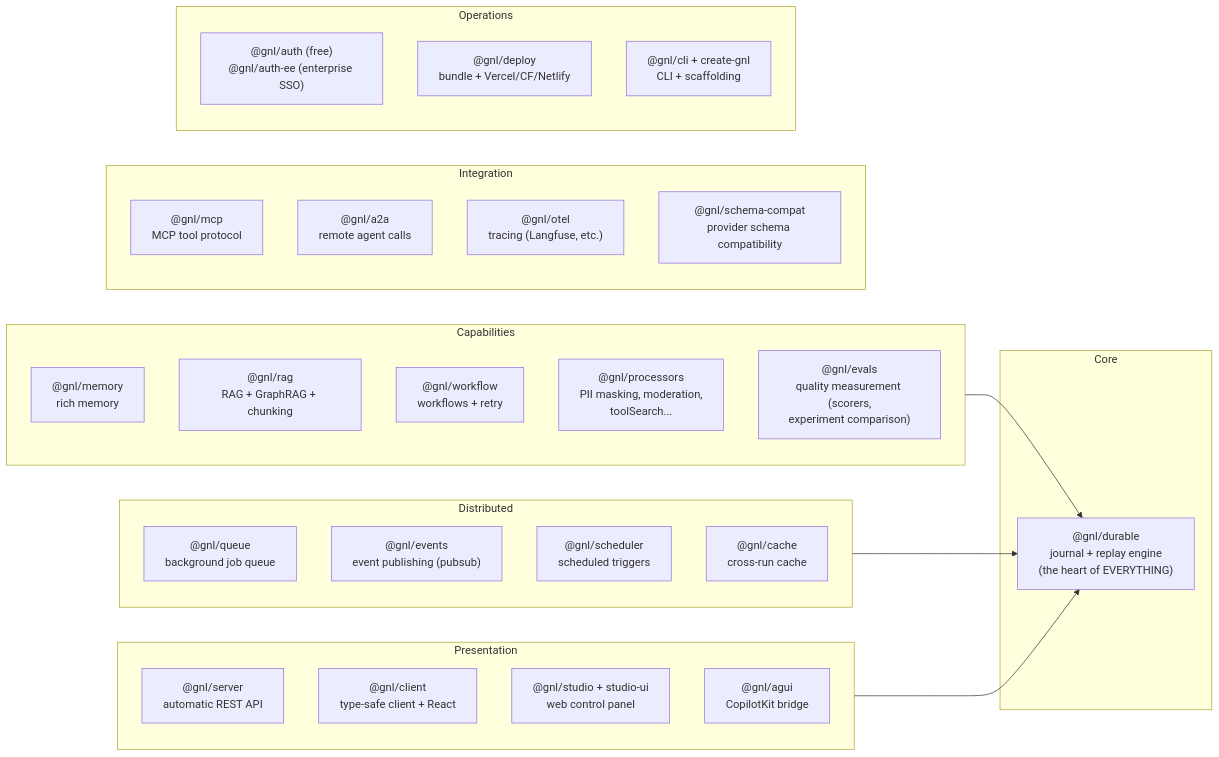
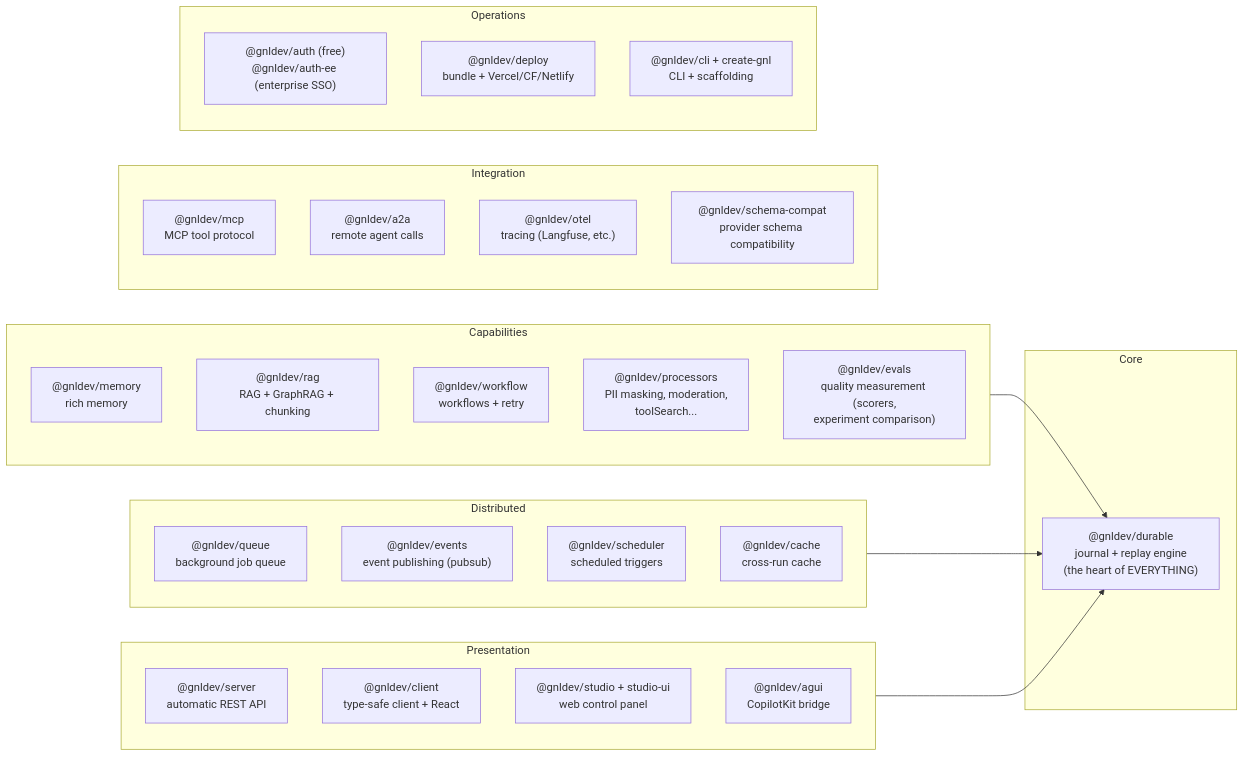
The fourth of 10 diagrams in docs/GUIDE.md (Karaca7/gnldev), drawn with Mermaid before and after one commit. The commit also changed other lines of this file and 340 other files, not shown here.

First line of the commit message:
refactor: rename the npm scope from @gnl to @gnldev

````diff
--- a/docs/GUIDE.md
+++ b/docs/GUIDE.md
@@ -263,39 +263,39 @@
 ```mermaid
 graph LR
     subgraph Core
-        durable["@gnl/durable<br/>journal + replay engine<br/>(the heart of EVERYTHING)"]
+        durable["@gnldev/durable<br/>journal + replay engine<br/>(the heart of EVERYTHING)"]
     end
     subgraph Capabilities
-        memory["@gnl/memory<br/>rich memory"]
-        rag["@gnl/rag<br/>RAG + GraphRAG + chunking"]
-        workflow["@gnl/workflow<br/>workflows + retry"]
-        processors["@gnl/processors<br/>PII masking, moderation,<br/>toolSearch..."]
-        evals["@gnl/evals<br/>quality measurement (scorers,<br/>experiment comparison)"]
+        memory["@gnldev/memory<br/>rich memory"]
+        rag["@gnldev/rag<br/>RAG + GraphRAG + chunking"]
+        workflow["@gnldev/workflow<br/>workflows + retry"]
+        processors["@gnldev/processors<br/>PII masking, moderation,<br/>toolSearch..."]
+        evals["@gnldev/evals<br/>quality measurement (scorers,<br/>experiment comparison)"]
     end
     subgraph Distributed
-        queue["@gnl/queue<br/>background job queue"]
-        events["@gnl/events<br/>event publishing (pubsub)"]
-        scheduler["@gnl/scheduler<br/>scheduled triggers"]
-        cache["@gnl/cache<br/>cross-run cache"]
+        queue["@gnldev/queue<br/>background job queue"]
+        events["@gnldev/events<br/>event publishing (pubsub)"]
+        scheduler["@gnldev/scheduler<br/>scheduled triggers"]
+        cache["@gnldev/cache<br/>cross-run cache"]
     end
     subgraph Presentation
-        server["@gnl/server<br/>automatic REST API"]
-        client["@gnl/client<br/>type-safe client + React"]
-        studio["@gnl/studio + studio-ui<br/>web control panel"]
-        agui["@gnl/agui<br/>CopilotKit bridge"]
+        server["@gnldev/server<br/>automatic REST API"]
+        client["@gnldev/client<br/>type-safe client + React"]
+        studio["@gnldev/studio + studio-ui<br/>web control panel"]
+        agui["@gnldev/agui<br/>CopilotKit bridge"]
     end
     subgraph Integration
-        mcp["@gnl/mcp<br/>MCP tool protocol"]
-        a2a["@gnl/a2a<br/>remote agent calls"]
-        otel["@gnl/otel<br/>tracing (Langfuse, etc.)"]
-        schema["@gnl/schema-compat<br/>provider schema compatibility"]
+        mcp["@gnldev/mcp<br/>MCP tool protocol"]
+        a2a["@gnldev/a2a<br/>remote agent calls"]
+        otel["@gnldev/otel<br/>tracing (Langfuse, etc.)"]
+        schema["@gnldev/schema-compat<br/>provider schema compatibility"]
     end
     subgraph Operations
-        auth["@gnl/auth (free)<br/>@gnl/auth-ee (enterprise SSO)"]
-        deploy["@gnl/deploy<br/>bundle + Vercel/CF/Netlify"]
-        cli["@gnl/cli + create-gnl<br/>CLI + scaffolding"]
+        auth["@gnldev/auth (free)<br/>@gnldev/auth-ee (enterprise SSO)"]
+        deploy["@gnldev/deploy<br/>bundle + Vercel/CF/Netlify"]
+        cli["@gnldev/cli + create-gnl<br/>CLI + scaffolding"]
     end
     Capabilities --> durable
     Distributed --> durable
     Presentation --> durable
 ```
````
